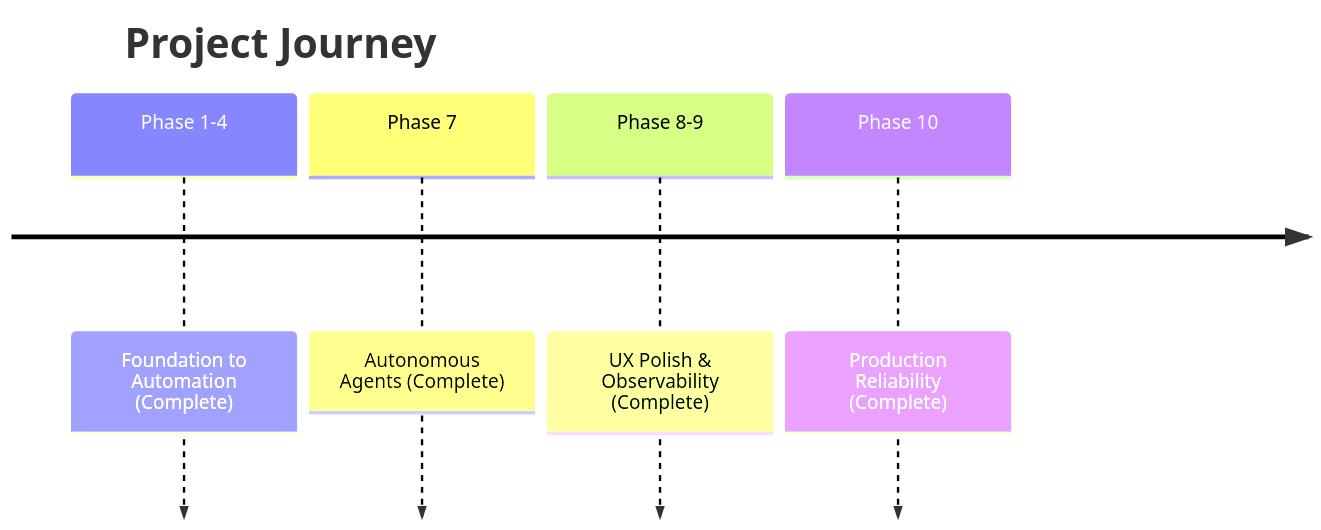
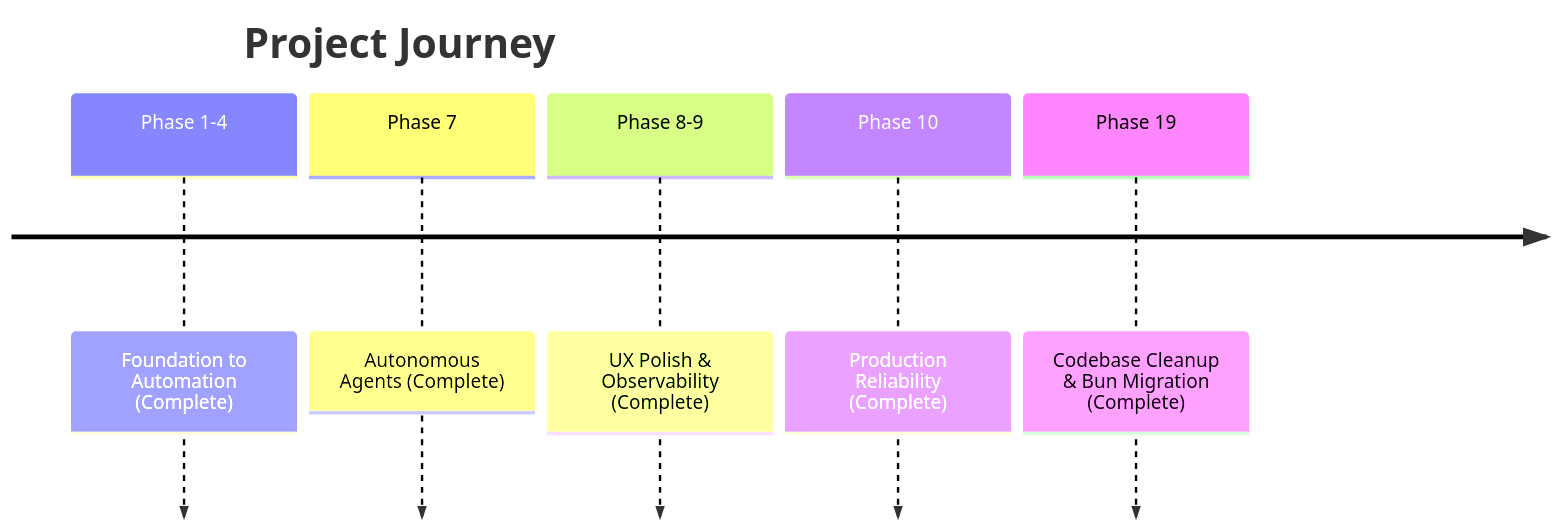
The diagram in ROADMAP.md (criticalinsight/trello-local-sync), drawn with Mermaid before and after one commit. The commit also changed other lines of this file and 74 other files, not shown here.

````diff
--- a/ROADMAP.md
+++ b/ROADMAP.md
@@ -9,8 +9,9 @@
 ```mermaid
 timeline
     title Project Journey
     Phase 1-4 : Foundation to Automation (Complete)
     Phase 7 : Autonomous Agents (Complete)
     Phase 8-9 : UX Polish & Observability (Complete)
     Phase 10 : Production Reliability (Complete)
+    Phase 19 : Codebase Cleanup & Bun Migration (Complete)
 ```
````
